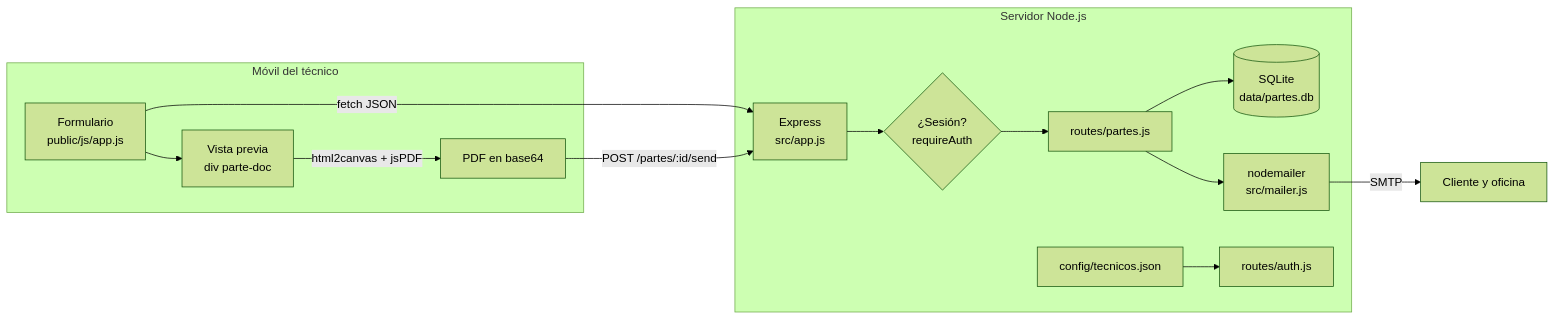
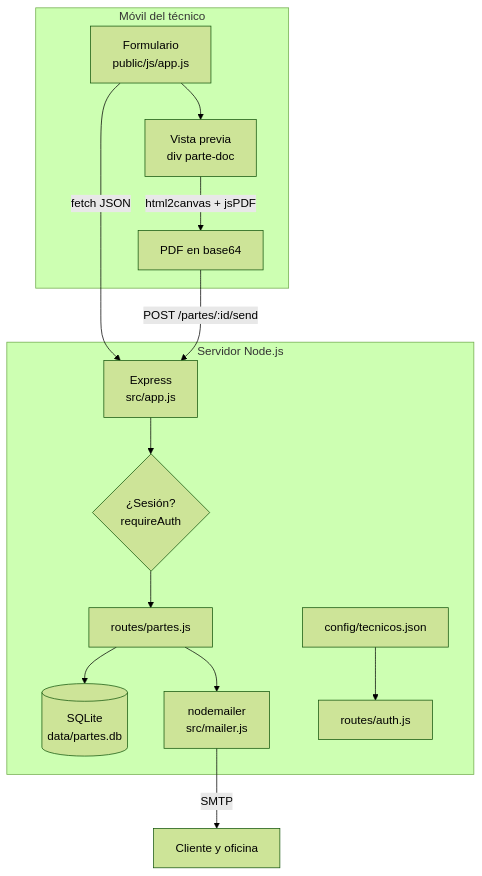
Before and after one commit to DasikuHp/AParte: the diagram in README.md, drawn with Mermaid (forest theme).

Commit message:
README: diagrama en vertical para que se lea mejor

````diff
--- a/README.md
+++ b/README.md
@@ -59,17 +59,17 @@
 ```mermaid
-flowchart LR
+flowchart TB
     subgraph Móvil del técnico
         F[Formulario<br/>public/js/app.js] --> P[Vista previa<br/>div parte-doc]
         P -->|html2canvas + jsPDF| PDF[PDF en base64]
     end
     F -->|fetch JSON| API
     PDF -->|POST /partes/:id/send| API
     subgraph Servidor Node.js
         API[Express<br/>src/app.js] --> S{¿Sesión?<br/>requireAuth}
         S --> R[routes/partes.js]
         R --> DB[(SQLite<br/>data/partes.db)]
         R --> M[nodemailer<br/>src/mailer.js]
         T[config/tecnicos.json] --> A[routes/auth.js]
     end
     M -->|SMTP| C[Cliente y oficina]
 ```
````
